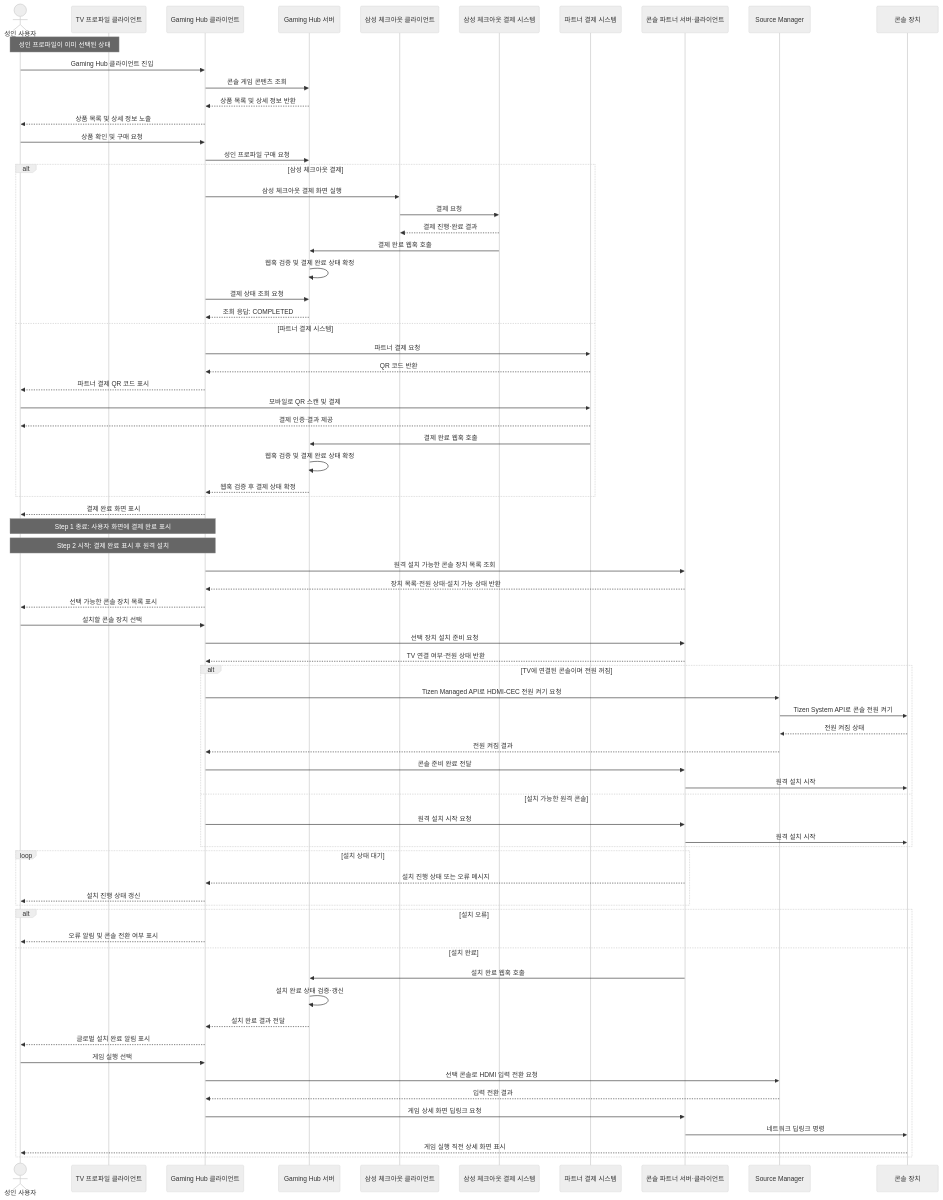
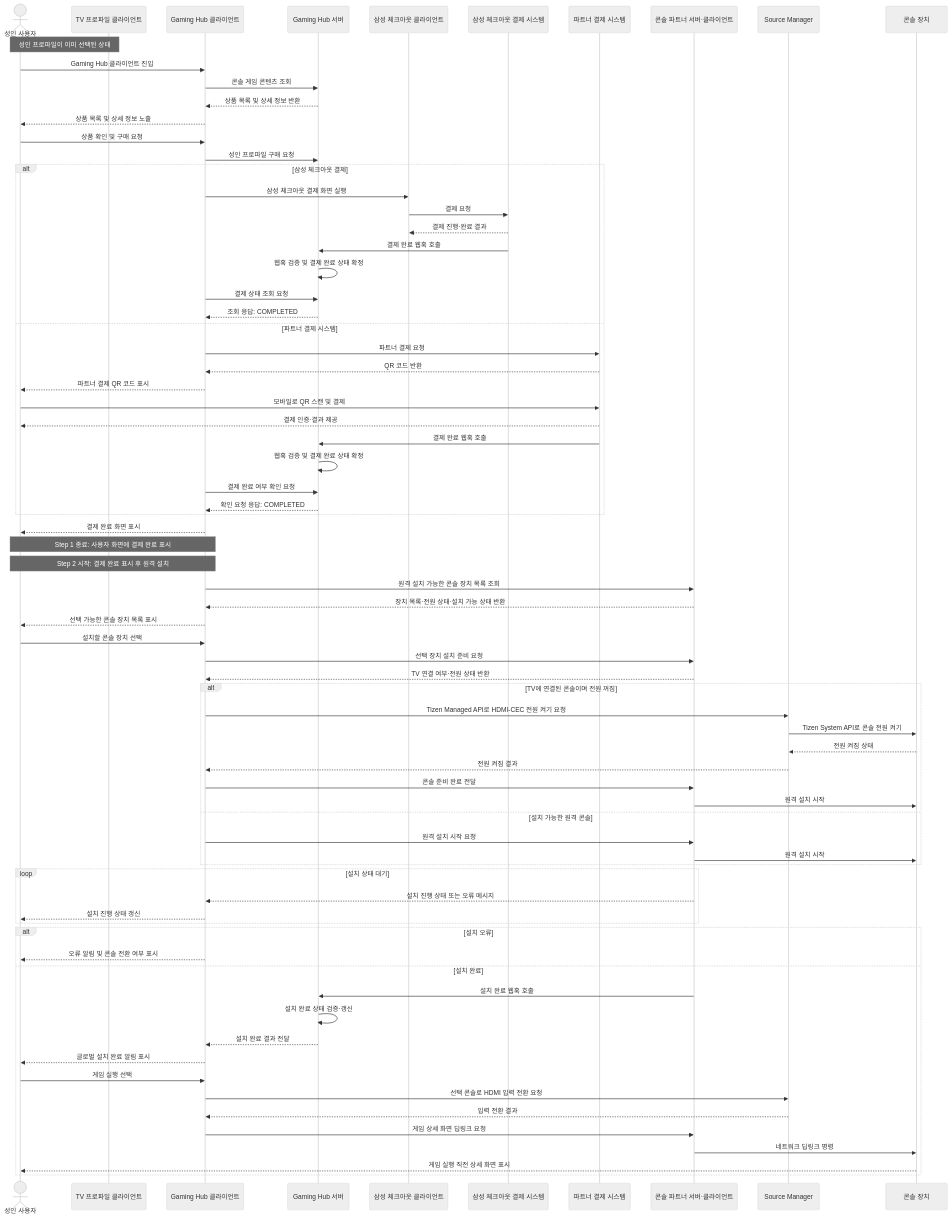
Before and after one commit to seock04/gaming-hub-console-content: the second of 5 diagrams in docs/decision-point-2-architecture.md, drawn with Mermaid (neutral theme).

Commit message:
Add client status check to partner payment flow

````diff
--- a/docs/decision-point-2-architecture.md
+++ b/docs/decision-point-2-architecture.md
@@ -105,77 +105,78 @@
 ```mermaid
 sequenceDiagram
     actor User as 성인 사용자
     participant Profile as TV 프로파일 클라이언트
     participant HubClient as Gaming Hub 클라이언트
     participant Hub as Gaming Hub 서버
     participant CheckoutClient as 삼성 체크아웃 클라이언트
     participant CheckoutServer as 삼성 체크아웃 결제 시스템
     participant PartnerPay as 파트너 결제 시스템
     participant Partner as 콘솔 파트너 서버·클라이언트
     participant SourceManager as Source Manager
     participant Console as 콘솔 장치
 
     Note over User,Profile: 성인 프로파일이 이미 선택된 상태
     User->>HubClient: Gaming Hub 클라이언트 진입
     HubClient->>Hub: 콘솔 게임 콘텐츠 조회
     Hub-->>HubClient: 상품 목록 및 상세 정보 반환
     HubClient-->>User: 상품 목록 및 상세 정보 노출
     User->>HubClient: 상품 확인 및 구매 요청
     HubClient->>Hub: 성인 프로파일 구매 요청
     alt 삼성 체크아웃 결제
         HubClient->>CheckoutClient: 삼성 체크아웃 결제 화면 실행
         CheckoutClient->>CheckoutServer: 결제 요청
         CheckoutServer-->>CheckoutClient: 결제 진행·완료 결과
         CheckoutServer->>Hub: 결제 완료 웹훅 호출
         Hub->>Hub: 웹훅 검증 및 결제 완료 상태 확정
         HubClient->>Hub: 결제 상태 조회 요청
         Hub-->>HubClient: 조회 응답: COMPLETED
     else 파트너 결제 시스템
         HubClient->>PartnerPay: 파트너 결제 요청
         PartnerPay-->>HubClient: QR 코드 반환
         HubClient-->>User: 파트너 결제 QR 코드 표시
         User->>PartnerPay: 모바일로 QR 스캔 및 결제
         PartnerPay-->>User: 결제 인증·결과 제공
         PartnerPay->>Hub: 결제 완료 웹훅 호출
         Hub->>Hub: 웹훅 검증 및 결제 완료 상태 확정
-        Hub-->>HubClient: 웹훅 검증 후 결제 상태 확정
+        HubClient->>Hub: 결제 완료 여부 확인 요청
+        Hub-->>HubClient: 확인 요청 응답: COMPLETED
     end
     HubClient-->>User: 결제 완료 화면 표시
     Note over HubClient,User: Step 1 종료: 사용자 화면에 결제 완료 표시
     Note over HubClient,User: Step 2 시작: 결제 완료 표시 후 원격 설치
     HubClient->>Partner: 원격 설치 가능한 콘솔 장치 목록 조회
     Partner-->>HubClient: 장치 목록·전원 상태·설치 가능 상태 반환
     HubClient-->>User: 선택 가능한 콘솔 장치 목록 표시
     User->>HubClient: 설치할 콘솔 장치 선택
     HubClient->>Partner: 선택 장치 설치 준비 요청
     Partner-->>HubClient: TV 연결 여부·전원 상태 반환
     alt TV에 연결된 콘솔이며 전원 꺼짐
         HubClient->>SourceManager: Tizen Managed API로 HDMI-CEC 전원 켜기 요청
         SourceManager->>Console: Tizen System API로 콘솔 전원 켜기
         Console-->>SourceManager: 전원 켜짐 상태
         SourceManager-->>HubClient: 전원 켜짐 결과
         HubClient->>Partner: 콘솔 준비 완료 전달
         Partner->>Console: 원격 설치 시작
     else 설치 가능한 원격 콘솔
         HubClient->>Partner: 원격 설치 시작 요청
         Partner->>Console: 원격 설치 시작
     end
     loop 설치 상태 대기
         Partner-->>HubClient: 설치 진행 상태 또는 오류 메시지
         HubClient-->>User: 설치 진행 상태 갱신
     end
     alt 설치 오류
         HubClient-->>User: 오류 알림 및 콘솔 전환 여부 표시
     else 설치 완료
         Partner->>Hub: 설치 완료 웹훅 호출
         Hub->>Hub: 설치 완료 상태 검증·갱신
         Hub-->>HubClient: 설치 완료 결과 전달
         HubClient-->>User: 글로벌 설치 완료 알림 표시
         User->>HubClient: 게임 실행 선택
         HubClient->>SourceManager: 선택 콘솔로 HDMI 입력 전환 요청
         SourceManager-->>HubClient: 입력 전환 결과
         HubClient->>Partner: 게임 상세 화면 딥링크 요청
         Partner->>Console: 네트워크 딥링크 명령
         Console-->>User: 게임 실행 직전 상세 화면 표시
     end
 ```
````
